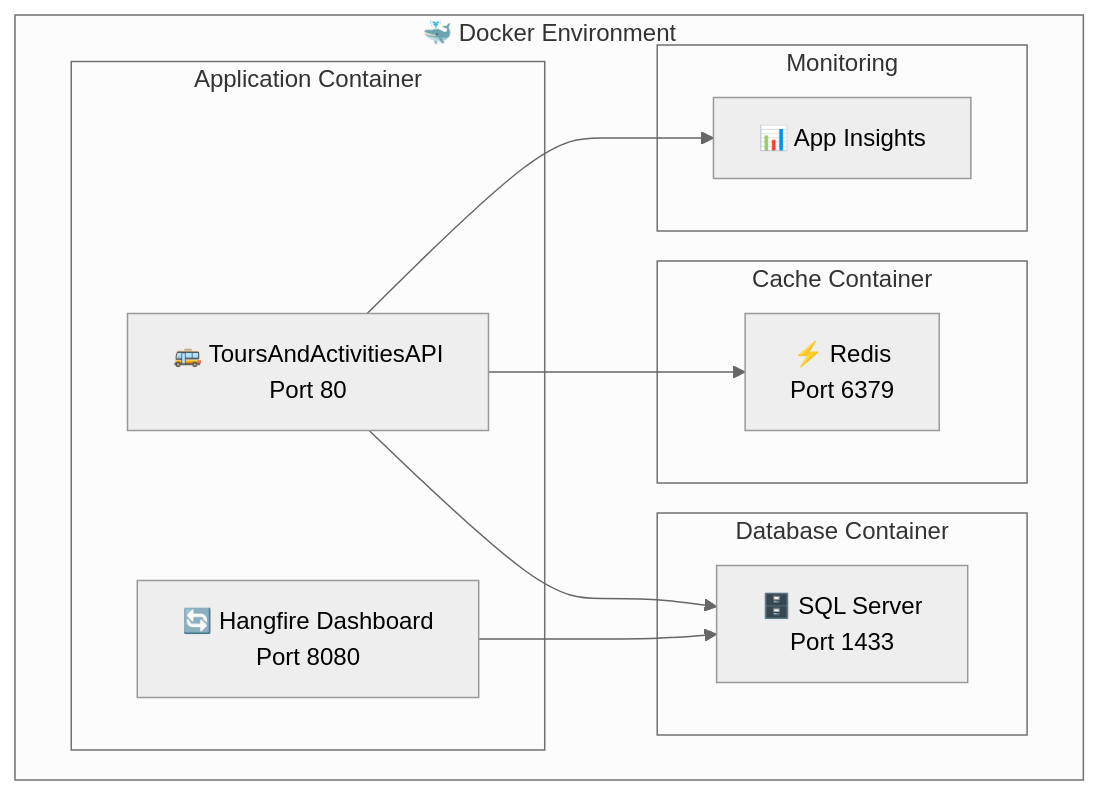
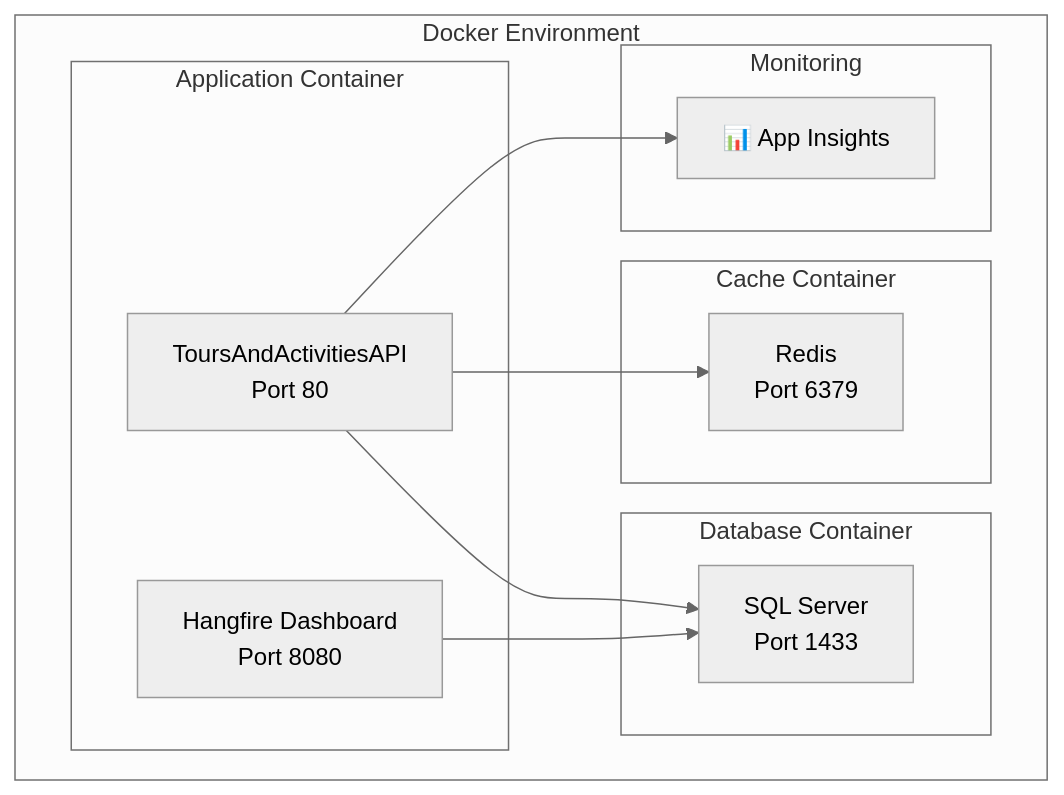
The eighth of 11 diagrams in README.md (sandeepkumar0801/ToursAndActivities), drawn with Mermaid (neutral theme) before and after one commit. The commit also changed other lines of this file, not shown here.

````diff
--- a/README.md
+++ b/README.md
@@ -852,26 +852,26 @@
 ```mermaid
 graph TB
-    subgraph "🐳 Docker Environment"
+    subgraph "Docker Environment"
         subgraph "Application Container"
-            API[🚌 ToursAndActivitiesAPI<br/>Port 80]
-            HANGFIRE[🔄 Hangfire Dashboard<br/>Port 8080]
+            API[ToursAndActivitiesAPI<br/>Port 80]
+            HANGFIRE[Hangfire Dashboard<br/>Port 8080]
         end
 
         subgraph "Database Container"
-            SQL[🗄️ SQL Server<br/>Port 1433]
+            SQL[SQL Server<br/>Port 1433]
         end
 
         subgraph "Cache Container"
-            REDIS[⚡ Redis<br/>Port 6379]
+            REDIS[Redis<br/>Port 6379]
         end
 
         subgraph "Monitoring"
             INSIGHTS[📊 App Insights]
         end
     end
 
     API --> SQL
     API --> REDIS
     API --> INSIGHTS
     HANGFIRE --> SQL
 ```
````
